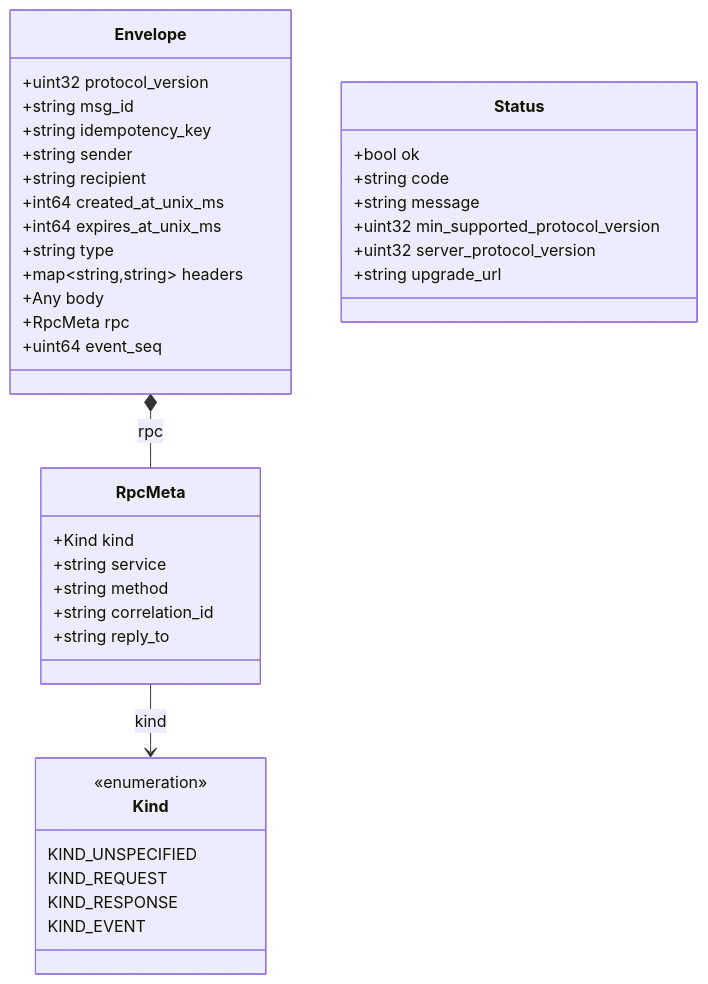
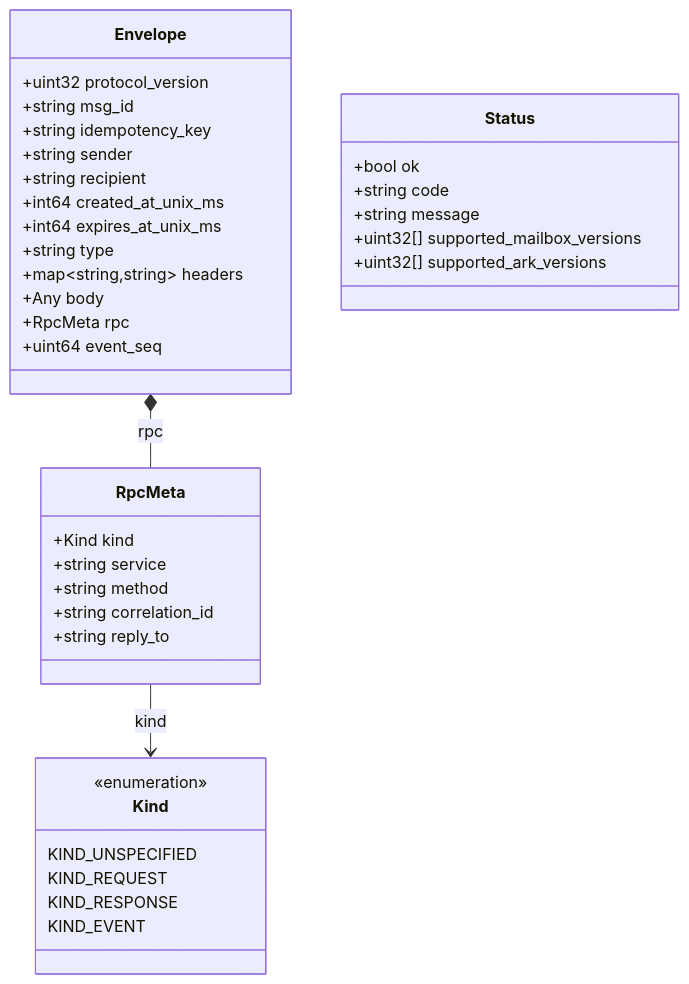
Before and after one commit to lightninglabs/wavelength: the second of 12 diagrams in docs/mailbox_architecture.md, drawn with Mermaid. The commit also changed 25 other files, not shown here.

First line of the commit message:
multi: Negotiate and enforce the Ark protocol version

````diff
--- a/docs/mailbox_architecture.md
+++ b/docs/mailbox_architecture.md
@@ -136,45 +136,44 @@
 ```mermaid
 classDiagram
     class Envelope {
         +uint32 protocol_version
         +string msg_id
         +string idempotency_key
         +string sender
         +string recipient
         +int64 created_at_unix_ms
         +int64 expires_at_unix_ms
         +string type
         +map~string,string~ headers
         +Any body
         +RpcMeta rpc
         +uint64 event_seq
     }
 
     class RpcMeta {
         +Kind kind
         +string service
         +string method
         +string correlation_id
         +string reply_to
     }
 
     class Kind {
         <<enumeration>>
         KIND_UNSPECIFIED
         KIND_REQUEST
         KIND_RESPONSE
         KIND_EVENT
     }
 
     class Status {
         +bool ok
         +string code
         +string message
-        +uint32 min_supported_protocol_version
-        +uint32 server_protocol_version
-        +string upgrade_url
+        +uint32[] supported_mailbox_versions
+        +uint32[] supported_ark_versions
     }
 
     Envelope *-- RpcMeta : rpc
     RpcMeta --> Kind : kind
 ```
````
